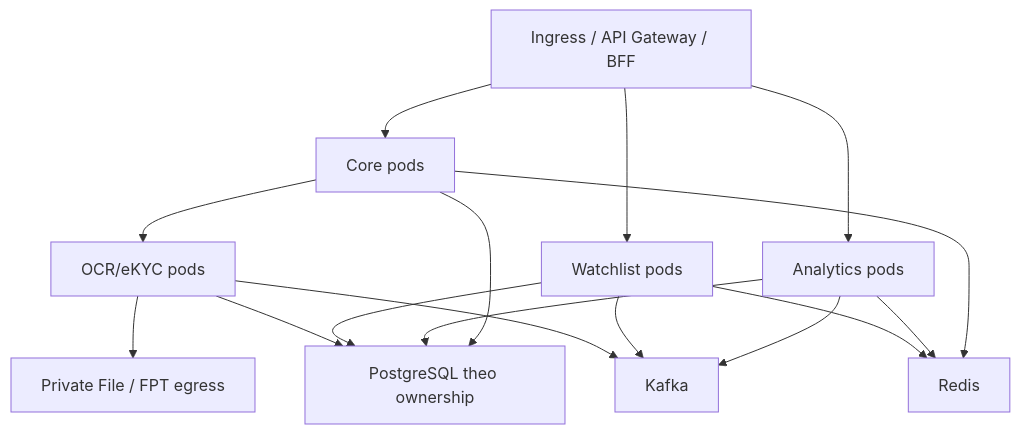
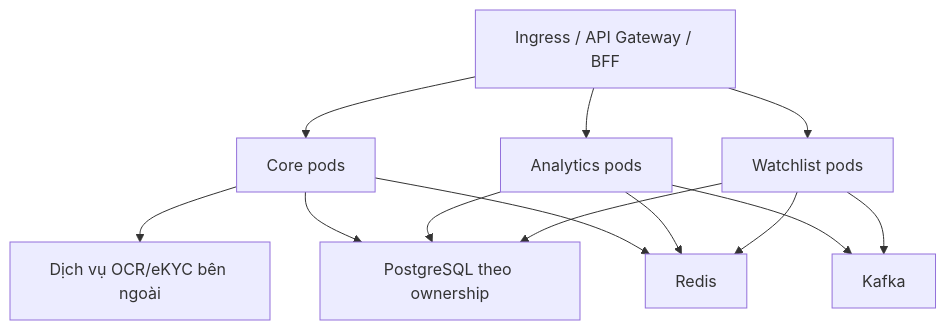
Before and after one commit to huynv-xyz/vhm-tdd: diagram 12 of 12 in cobroker/ttd-cobroker.md, drawn with Mermaid. The commit also changed other lines of this file and 11 other files, not shown here.

````diff
--- a/cobroker/ttd-cobroker.md
+++ b/cobroker/ttd-cobroker.md
@@ -1016,18 +1024,15 @@
 ```mermaid
 flowchart TB
     G["Ingress / API Gateway / BFF"] --> C["Core pods"]
     G --> A["Analytics pods"]
     G --> W["Watchlist pods"]
-    C --> E["OCR/eKYC pods"]
+    C --> E["Dịch vụ OCR/eKYC bên ngoài"]
     C --> DB["PostgreSQL theo ownership"]
     A --> DB
     W --> DB
-    E --> DB
     C --> R["Redis"]
     A --> R
     W --> R
     A --> K["Kafka"]
     W --> K
-    E --> K
-    E --> X["Private File / FPT egress"]
 ```
````
